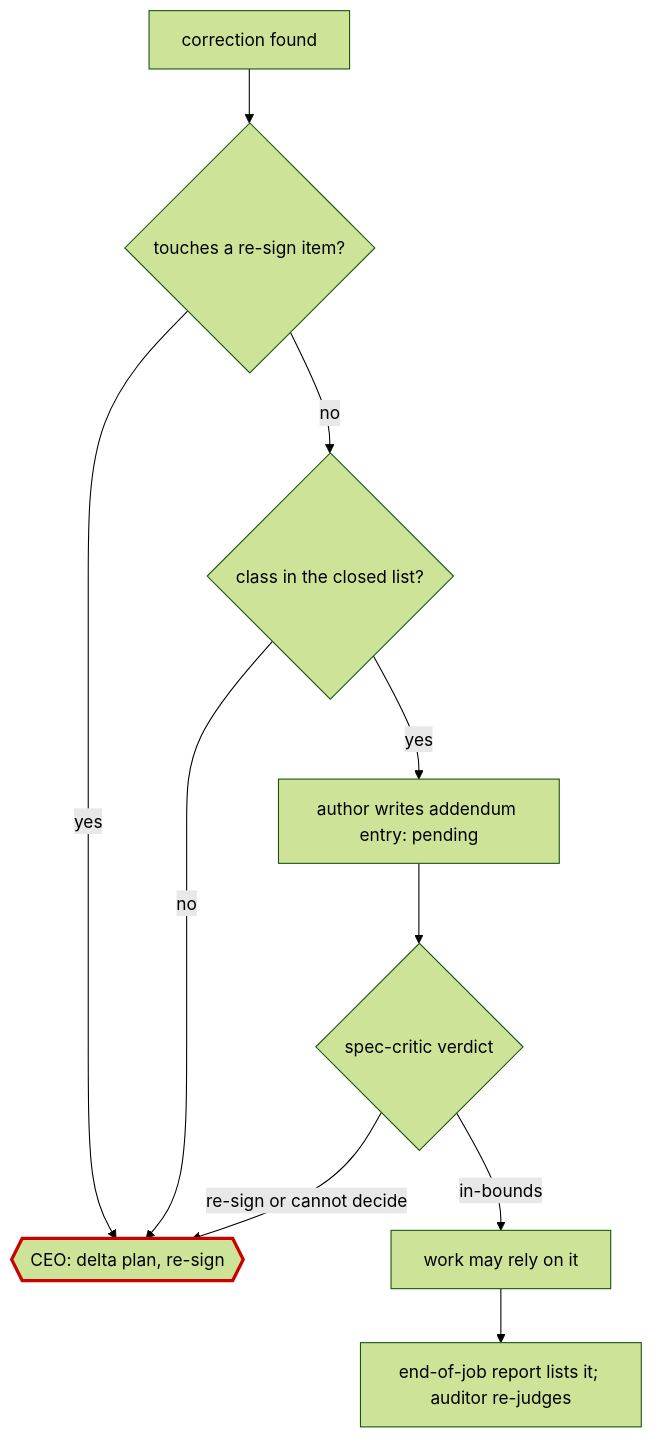
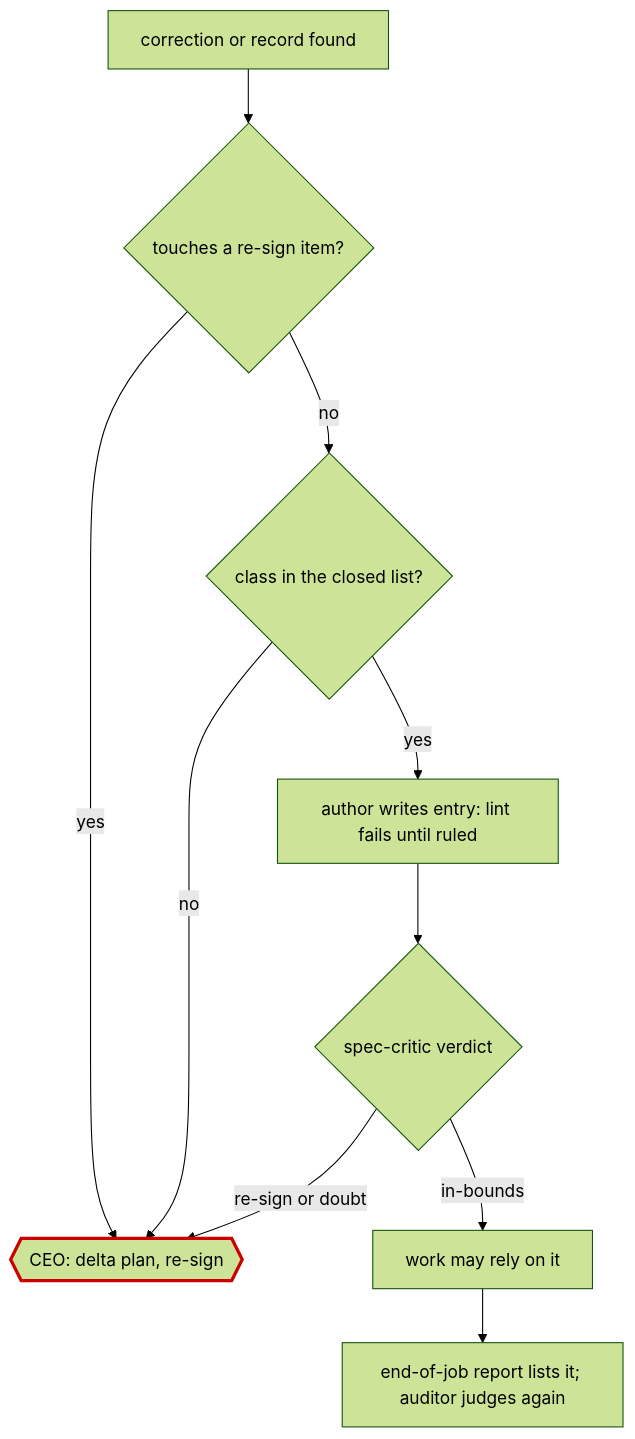
One commit to GktuOktay/claude-agency-v2 changed the second of 2 diagrams in specs/draft/0009-approval-cadence.md. Above: the diagram before and after it, drawn with Mermaid (forest theme). The commit also changed other lines of this file and 7 other files, not shown here.

````diff
--- a/specs/draft/0009-approval-cadence.md
+++ b/specs/draft/0009-approval-cadence.md
@@ -92,14 +87,14 @@
 ```mermaid
 flowchart TD
-  A[correction found] --> B{touches a re-sign item?}
+  A[correction or record found] --> B{touches a re-sign item?}
   B -- yes --> R{{CEO: delta plan, re-sign}}
   B -- no --> C{class in the closed list?}
   C -- no --> R
-  C -- yes --> D[author writes addendum entry: pending]
+  C -- yes --> D[author writes entry: lint fails until ruled]
   D --> E{spec-critic verdict}
-  E -- re-sign or cannot decide --> R
+  E -- re-sign or doubt --> R
   E -- in-bounds --> F[work may rely on it]
-  F --> G[end-of-job report lists it; auditor re-judges]
+  F --> G[end-of-job report lists it; auditor judges again]
   classDef ceo stroke:#c00,stroke-width:3px
   class R ceo
 ```
````
